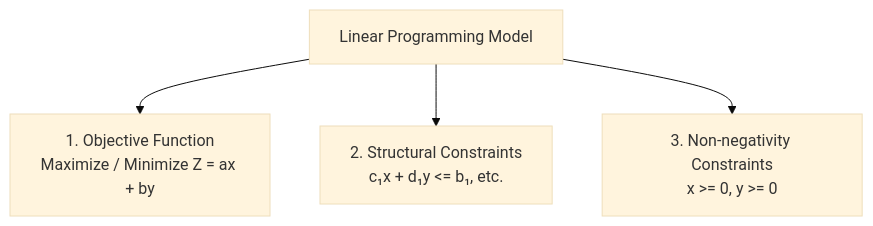
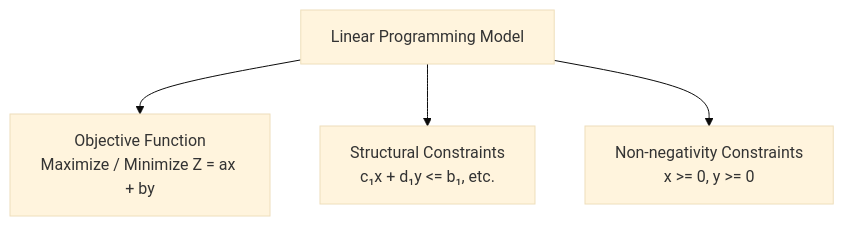
One commit to aidocmr/learn-bscs changed the first of 2 diagrams in content/Year 1/Mathematics in the Modern World/9. Linear Inequalities and Linear Programming.md. Above: the diagram before and after it, drawn with Mermaid (base theme). The commit also changed other lines of this file and 20 other files, not shown here.

First line of the commit message:
fix: Remove markdown lists and numbered prefixes from all Mermaid diagrams

````diff
--- a/content/Year 1/Mathematics in the Modern World/9. Linear Inequalities and Linear Programming.md
+++ b/content/Year 1/Mathematics in the Modern World/9. Linear Inequalities and Linear Programming.md
@@ -10,6 +10,6 @@
 ```mermaid
 graph TD
-    LP["Linear Programming Model"] --> Obj["1. Objective Function<br/>Maximize / Minimize Z = ax + by"]
-    LP --> Cons["2. Structural Constraints<br/>c₁x + d₁y <= b₁, etc."]
-    LP --> NonNeg["3. Non-negativity Constraints<br/>x >= 0, y >= 0"]
+    LP["Linear Programming Model"] --> Obj["Objective Function<br/>Maximize / Minimize Z = ax + by"]
+    LP --> Cons["Structural Constraints<br/>c₁x + d₁y <= b₁, etc."]
+    LP --> NonNeg["Non-negativity Constraints<br/>x >= 0, y >= 0"]
 ```
````
